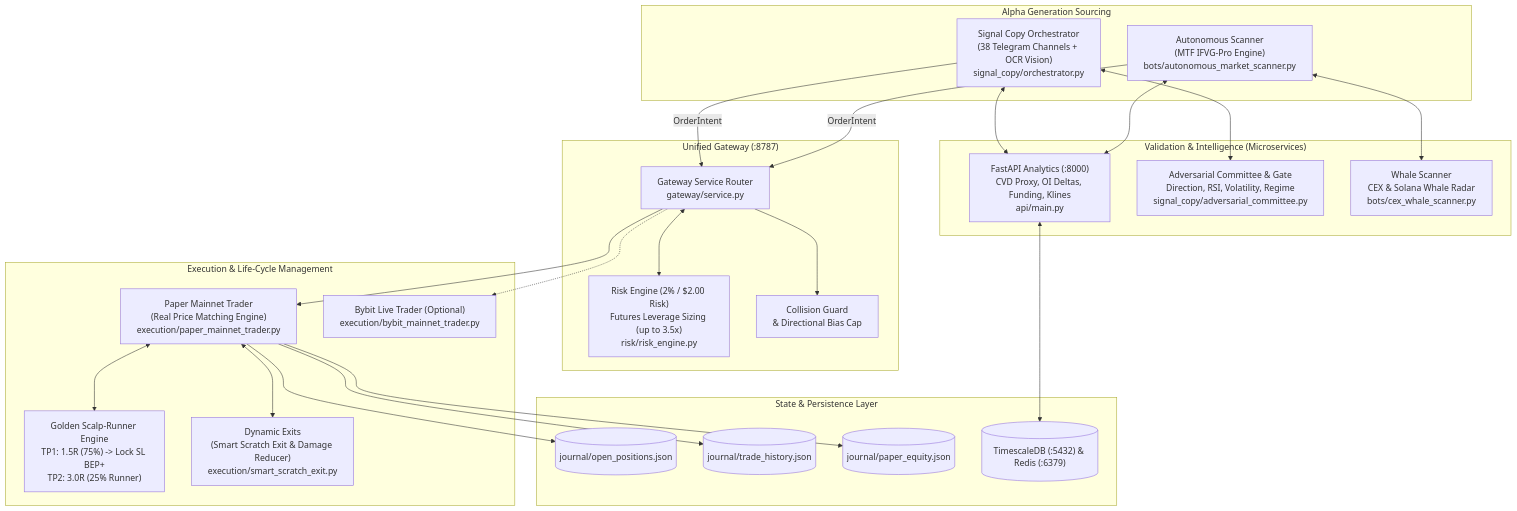
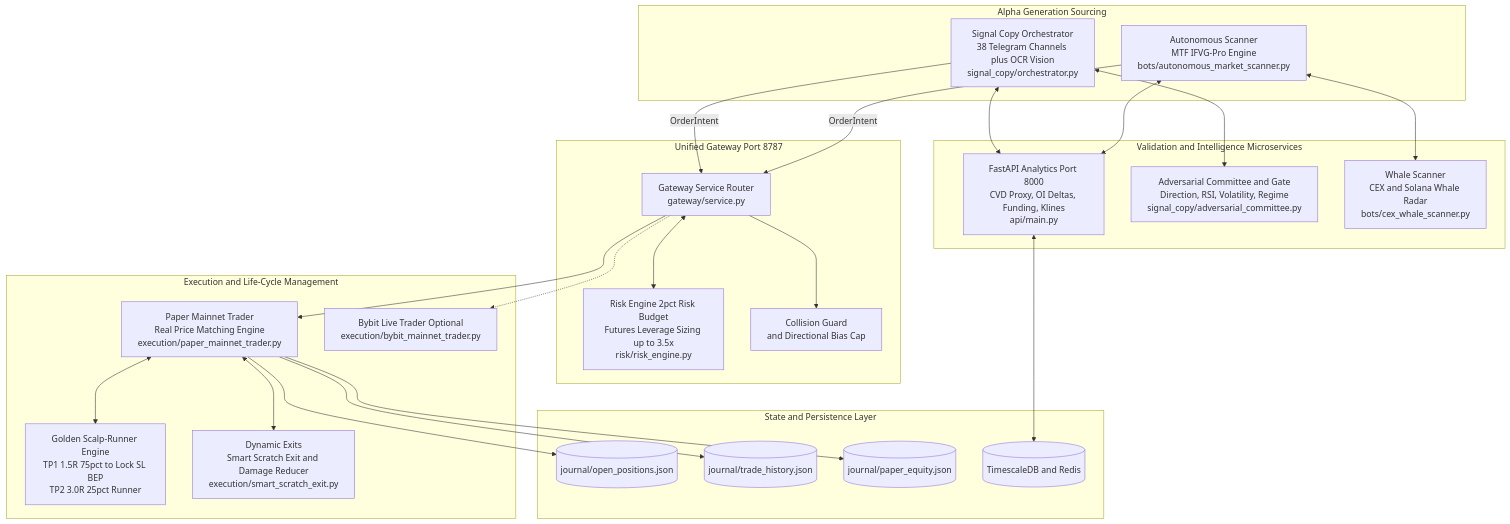
The first of 2 diagrams in docs/SYSTEM_ARCHITECTURE_FOR_AI_ANALYSIS.md (jenderalmabuk/scr), drawn with Mermaid before and after one commit.

Commit message:
docs: sanitize Mermaid diagram syntax (replace raw \n with <br/>, escape math/port tokens)

````diff
--- a/docs/SYSTEM_ARCHITECTURE_FOR_AI_ANALYSIS.md
+++ b/docs/SYSTEM_ARCHITECTURE_FOR_AI_ANALYSIS.md
@@ -11,50 +11,50 @@
 ```mermaid
 flowchart TD
     subgraph Sourcing["Alpha Generation Sourcing"]
-        A1["Autonomous Scanner\n(MTF IFVG-Pro Engine)\nbots/autonomous_market_scanner.py"]
-        A2["Signal Copy Orchestrator\n(38 Telegram Channels + OCR Vision)\nsignal_copy/orchestrator.py"]
+        A1["Autonomous Scanner<br/>MTF IFVG-Pro Engine<br/>bots/autonomous_market_scanner.py"]
+        A2["Signal Copy Orchestrator<br/>38 Telegram Channels plus OCR Vision<br/>signal_copy/orchestrator.py"]
     end
 
-    subgraph Intelligence["Validation & Intelligence (Microservices)"]
-        B1["FastAPI Analytics (:8000)\nCVD Proxy, OI Deltas, Funding, Klines\napi/main.py"]
-        B2["Adversarial Committee & Gate\nDirection, RSI, Volatility, Regime\nsignal_copy/adversarial_committee.py"]
-        B3["Whale Scanner\nCEX & Solana Whale Radar\nbots/cex_whale_scanner.py"]
+    subgraph Intelligence["Validation and Intelligence Microservices"]
+        B1["FastAPI Analytics Port 8000<br/>CVD Proxy, OI Deltas, Funding, Klines<br/>api/main.py"]
+        B2["Adversarial Committee and Gate<br/>Direction, RSI, Volatility, Regime<br/>signal_copy/adversarial_committee.py"]
+        B3["Whale Scanner<br/>CEX and Solana Whale Radar<br/>bots/cex_whale_scanner.py"]
     end
 
-    subgraph Gateway["Unified Gateway (:8787)"]
-        C1["Gateway Service Router\ngateway/service.py"]
-        C2["Risk Engine (2% / $2.00 Risk)\nFutures Leverage Sizing (up to 3.5x)\nrisk/risk_engine.py"]
-        C3["Collision Guard\n& Directional Bias Cap"]
+    subgraph Gateway["Unified Gateway Port 8787"]
+        C1["Gateway Service Router<br/>gateway/service.py"]
+        C2["Risk Engine 2pct Risk Budget<br/>Futures Leverage Sizing up to 3.5x<br/>risk/risk_engine.py"]
+        C3["Collision Guard<br/>and Directional Bias Cap"]
     end
 
-    subgraph Execution["Execution & Life-Cycle Management"]
-        D1["Paper Mainnet Trader\n(Real Price Matching Engine)\nexecution/paper_mainnet_trader.py"]
-        D2["Golden Scalp-Runner Engine\nTP1: 1.5R (75%) -> Lock SL BEP+\nTP2: 3.0R (25% Runner)"]
-        D3["Dynamic Exits\n(Smart Scratch Exit & Damage Reducer)\nexecution/smart_scratch_exit.py"]
-        D4["Bybit Live Trader (Optional)\nexecution/bybit_mainnet_trader.py"]
+    subgraph Execution["Execution and Life-Cycle Management"]
+        D1["Paper Mainnet Trader<br/>Real Price Matching Engine<br/>execution/paper_mainnet_trader.py"]
+        D2["Golden Scalp-Runner Engine<br/>TP1 1.5R 75pct to Lock SL BEP<br/>TP2 3.0R 25pct Runner"]
+        D3["Dynamic Exits<br/>Smart Scratch Exit and Damage Reducer<br/>execution/smart_scratch_exit.py"]
+        D4["Bybit Live Trader Optional<br/>execution/bybit_mainnet_trader.py"]
     end
 
-    subgraph Journal["State & Persistence Layer"]
+    subgraph Journal["State and Persistence Layer"]
         E1[("journal/open_positions.json")]
         E2[("journal/trade_history.json")]
         E3[("journal/paper_equity.json")]
-        E4[("TimescaleDB (:5432) & Redis (:6379)")]
+        E4[("TimescaleDB and Redis")]
     end
 
     A1 -->|OrderIntent| C1
     A2 -->|OrderIntent| C1
     A1 <--> B1
     A2 <--> B1
     A2 <--> B2
     A1 <--> B3
     C1 <--> C2
     C1 --> C3
     C1 --> D1
     C1 -.-> D4
     D1 <--> D2
     D1 <--> D3
     D1 --> E1
     D1 --> E2
     D1 --> E3
     B1 <--> E4
 ```
````
